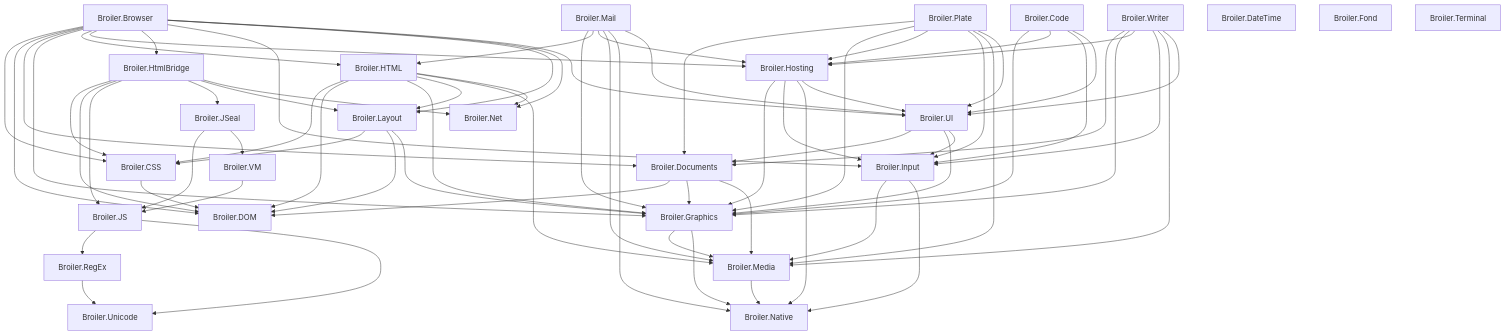
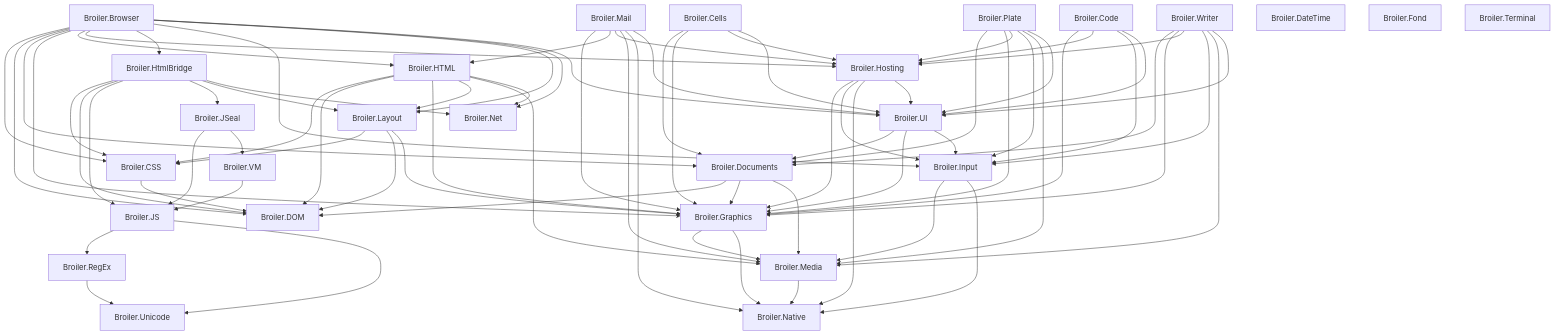
Before and after one commit to Broiler-Platform/.github: the diagram in profile/docs/component-map.md, drawn with Mermaid. The commit also changed other lines of this file and 6 other files, not shown here.

````diff
--- a/profile/docs/component-map.md
+++ b/profile/docs/component-map.md
@@ -17,99 +17,104 @@
 ```mermaid
 graph TD
     C0["Broiler.Browser"]
-    C2["Broiler.Code"]
-    C15["Broiler.Mail"]
-    C19["Broiler.Plate"]
-    C25["Broiler.Writer"]
-    C9["Broiler.Hosting"]
-    C10["Broiler.HtmlBridge"]
-    C8["Broiler.HTML"]
-    C13["Broiler.JSeal"]
-    C22["Broiler.UI"]
-    C5["Broiler.Documents"]
-    C14["Broiler.Layout"]
-    C24["Broiler.VM"]
-    C7["Broiler.Graphics"]
-    C11["Broiler.Input"]
-    C12["Broiler.JS"]
+    C2["Broiler.Cells"]
+    C3["Broiler.Code"]
+    C16["Broiler.Mail"]
+    C20["Broiler.Plate"]
+    C26["Broiler.Writer"]
+    C10["Broiler.Hosting"]
+    C11["Broiler.HtmlBridge"]
+    C9["Broiler.HTML"]
+    C14["Broiler.JSeal"]
+    C23["Broiler.UI"]
+    C6["Broiler.Documents"]
+    C15["Broiler.Layout"]
+    C25["Broiler.VM"]
+    C8["Broiler.Graphics"]
+    C12["Broiler.Input"]
+    C13["Broiler.JS"]
     C1["Broiler.CSS"]
-    C16["Broiler.Media"]
-    C20["Broiler.RegEx"]
-    C3["Broiler.DOM"]
-    C4["Broiler.DateTime"]
-    C6["Broiler.Fond"]
-    C17["Broiler.Native"]
-    C18["Broiler.Net"]
-    C21["Broiler.Terminal"]
-    C23["Broiler.Unicode"]
+    C17["Broiler.Media"]
+    C21["Broiler.RegEx"]
+    C4["Broiler.DOM"]
+    C5["Broiler.DateTime"]
+    C7["Broiler.Fond"]
+    C18["Broiler.Native"]
+    C19["Broiler.Net"]
+    C22["Broiler.Terminal"]
+    C24["Broiler.Unicode"]
     C0 --> C1
-    C0 --> C3
-    C0 --> C5
-    C0 --> C7
+    C0 --> C4
+    C0 --> C6
     C0 --> C8
     C0 --> C9
     C0 --> C10
     C0 --> C11
-    C0 --> C14
-    C0 --> C18
-    C0 --> C22
-    C2 --> C7
-    C2 --> C9
-    C2 --> C11
-    C2 --> C22
-    C15 --> C7
+    C0 --> C12
+    C0 --> C15
+    C0 --> C19
+    C0 --> C23
+    C2 --> C6
+    C2 --> C8
+    C2 --> C10
+    C2 --> C23
+    C3 --> C8
+    C3 --> C10
+    C3 --> C12
+    C3 --> C23
+    C16 --> C8
+    C16 --> C9
+    C16 --> C10
+    C16 --> C17
+    C16 --> C18
+    C16 --> C23
+    C20 --> C6
+    C20 --> C8
+    C20 --> C10
+    C20 --> C12
+    C20 --> C17
+    C20 --> C23
+    C26 --> C6
+    C26 --> C8
+    C26 --> C10
+    C26 --> C12
+    C26 --> C17
+    C26 --> C23
+    C10 --> C8
+    C10 --> C12
+    C10 --> C18
+    C10 --> C23
+    C11 --> C1
+    C11 --> C4
+    C11 --> C13
+    C11 --> C14
+    C11 --> C15
+    C11 --> C19
+    C9 --> C1
+    C9 --> C4
+    C9 --> C8
+    C9 --> C15
+    C9 --> C17
+    C9 --> C19
+    C14 --> C13
+    C14 --> C25
+    C23 --> C6
+    C23 --> C8
+    C23 --> C12
+    C6 --> C4
+    C6 --> C8
+    C6 --> C17
+    C15 --> C1
+    C15 --> C4
     C15 --> C8
-    C15 --> C9
-    C15 --> C16
-    C15 --> C17
-    C15 --> C22
-    C19 --> C5
-    C19 --> C7
-    C19 --> C9
-    C19 --> C11
-    C19 --> C16
-    C19 --> C22
-    C25 --> C5
-    C25 --> C7
-    C25 --> C9
-    C25 --> C11
-    C25 --> C16
-    C25 --> C22
-    C9 --> C7
-    C9 --> C11
-    C9 --> C17
-    C9 --> C22
-    C10 --> C1
-    C10 --> C3
-    C10 --> C12
-    C10 --> C13
-    C10 --> C14
-    C10 --> C18
-    C8 --> C1
-    C8 --> C3
-    C8 --> C7
-    C8 --> C14
-    C8 --> C16
+    C25 --> C13
+    C8 --> C17
     C8 --> C18
-    C13 --> C12
+    C12 --> C17
+    C12 --> C18
+    C13 --> C21
     C13 --> C24
-    C22 --> C5
-    C22 --> C7
-    C22 --> C11
-    C5 --> C3
-    C5 --> C7
-    C5 --> C16
-    C14 --> C1
-    C14 --> C3
-    C14 --> C7
-    C24 --> C12
-    C7 --> C16
-    C7 --> C17
-    C11 --> C16
-    C11 --> C17
-    C12 --> C20
-    C12 --> C23
-    C1 --> C3
-    C16 --> C17
-    C20 --> C23
+    C1 --> C4
+    C17 --> C18
+    C21 --> C24
 ```
````
